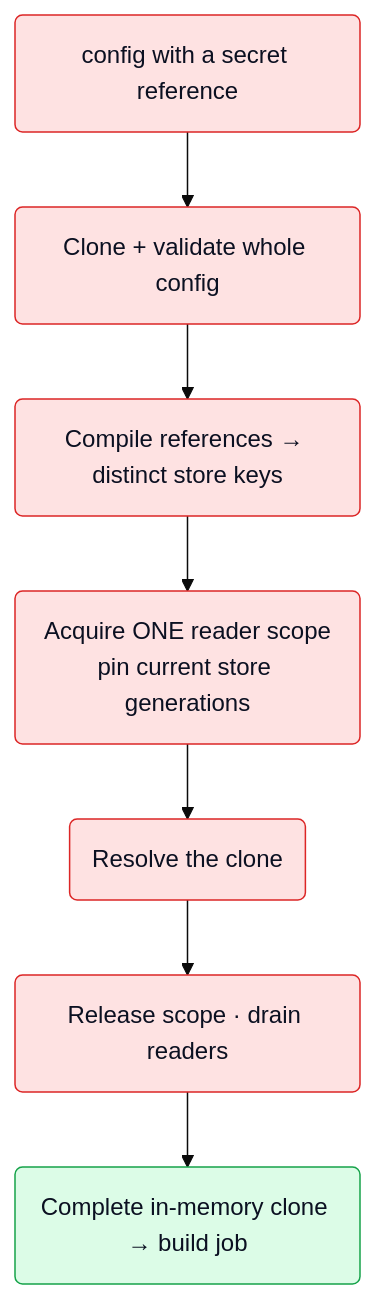
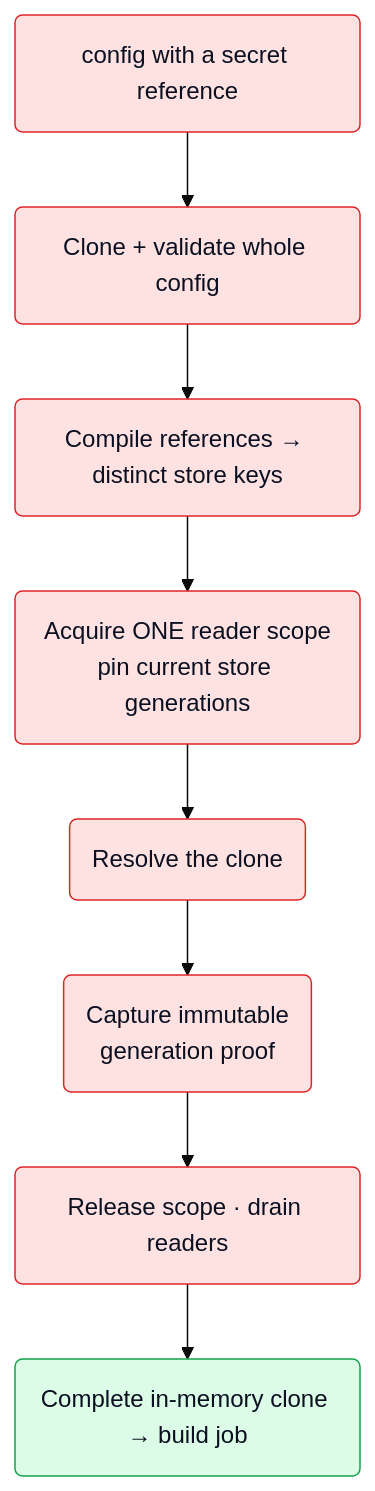
The seventh of 11 diagrams in src/go/plugin/agent/jobmgr/ARCHITECTURE.md (netdata/netdata), drawn with Mermaid (base theme) before and after one commit. The commit also changed other lines of this file and 16 other files, not shown here.

````diff
--- a/src/go/plugin/agent/jobmgr/ARCHITECTURE.md
+++ b/src/go/plugin/agent/jobmgr/ARCHITECTURE.md
@@ -620,17 +620,18 @@
 ```mermaid
 flowchart TD
     Ref("config with a secret reference")
     Clone("Clone + validate whole config")
     Compile("Compile references → distinct store keys")
     Scope("Acquire ONE reader scope<br/>pin current store generations")
     Resolve("Resolve the clone")
+    Proof("Capture immutable<br/>generation proof")
     Release("Release scope · drain readers")
     Post("Complete in-memory clone → build job")
 
-    Ref --> Clone --> Compile --> Scope --> Resolve --> Release --> Post
+    Ref --> Clone --> Compile --> Scope --> Resolve --> Proof --> Release --> Post
 
     classDef sec fill:#fee2e2,stroke:#dc2626,color:#0b1021;
     classDef job fill:#dcfce7,stroke:#16a34a,color:#0b1021;
-    class Ref,Clone,Compile,Scope,Resolve,Release sec;
+    class Ref,Clone,Compile,Scope,Resolve,Proof,Release sec;
     class Post job;
 ```
````
